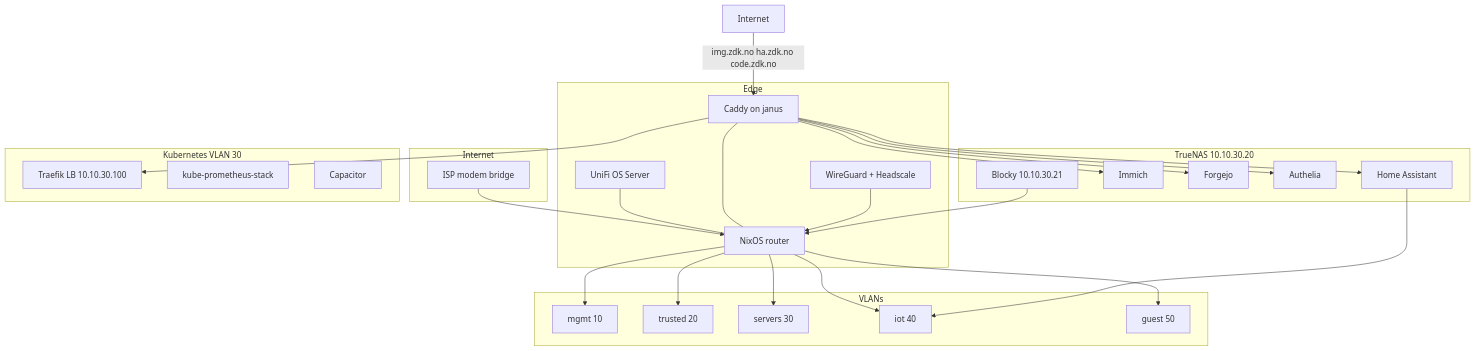
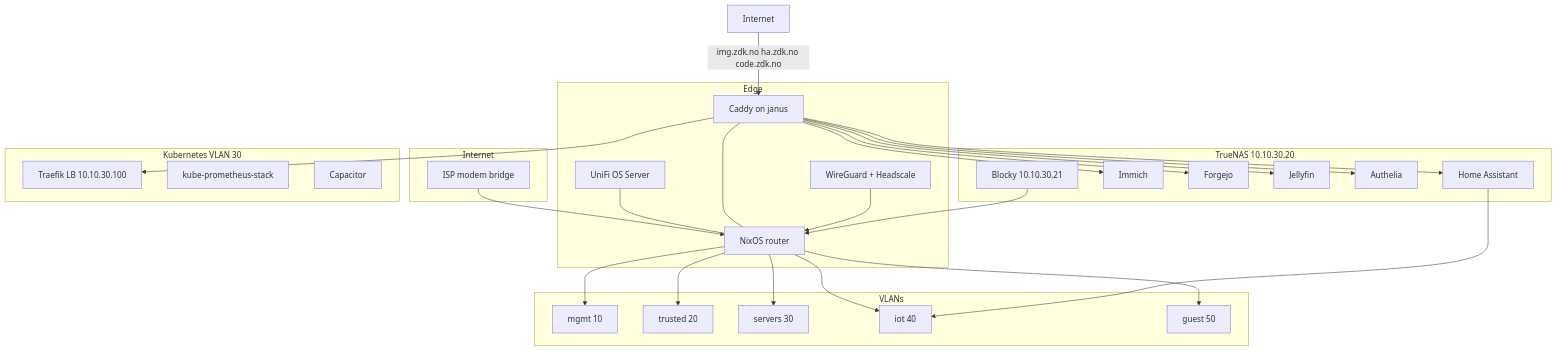
One commit to sknutsen/network changed the first of 4 diagrams in docs/architecture.md. Above: the diagram before and after it, drawn with Mermaid. The commit also changed other lines of this file and 24 other files, not shown here.

````diff
--- a/docs/architecture.md
+++ b/docs/architecture.md
@@ -7,49 +7,51 @@
 ```mermaid
 flowchart TB
   subgraph internet [Internet]
     ISP[ISP modem bridge]
   end
 
   subgraph edge [Edge]
     Router[NixOS router]
     UniFi[UniFi OS Server]
     WG[WireGuard + Headscale]
     Caddy[Caddy on janus]
   end
 
   subgraph vlans [VLANs]
     MGMT[mgmt 10]
     TRUSTED[trusted 20]
     SERVERS[servers 30]
     IOT[iot 40]
     GUEST[guest 50]
   end
 
   subgraph truenas [TrueNAS 10.10.30.20]
     HA[Home Assistant]
     Immich[Immich]
     Forgejo[Forgejo]
+    Jellyfin[Jellyfin]
     Authelia[Authelia]
     Blocky[Blocky 10.10.30.21]
   end
 
   subgraph k8s [Kubernetes VLAN 30]
     Traefik[Traefik LB 10.10.30.100]
     Obs[kube-prometheus-stack]
     Cap[Capacitor]
   end
 
   ISP --> Router
   UniFi --- Router
   Caddy --- Router
   Router --> MGMT & TRUSTED & SERVERS & IOT & GUEST
   WG --> Router
   Caddy --> Traefik
   Caddy --> Forgejo
   Caddy --> Authelia
   Caddy --> HA
   Caddy --> Immich
+  Caddy --> Jellyfin
   Blocky --> Router
   HA --> IOT
   InternetUsers[Internet] -->|img.zdk.no ha.zdk.no code.zdk.no| Caddy
 ```
````
